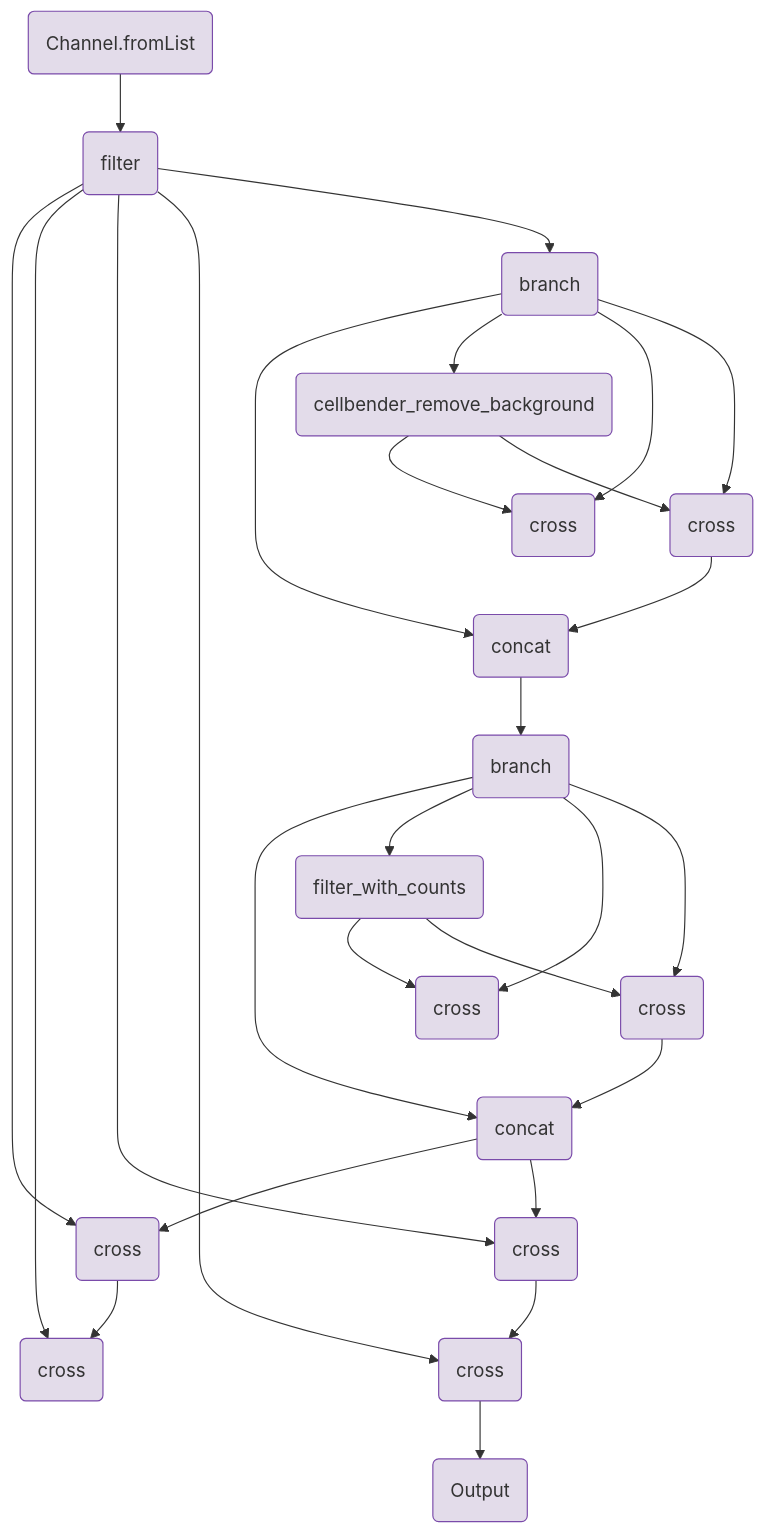
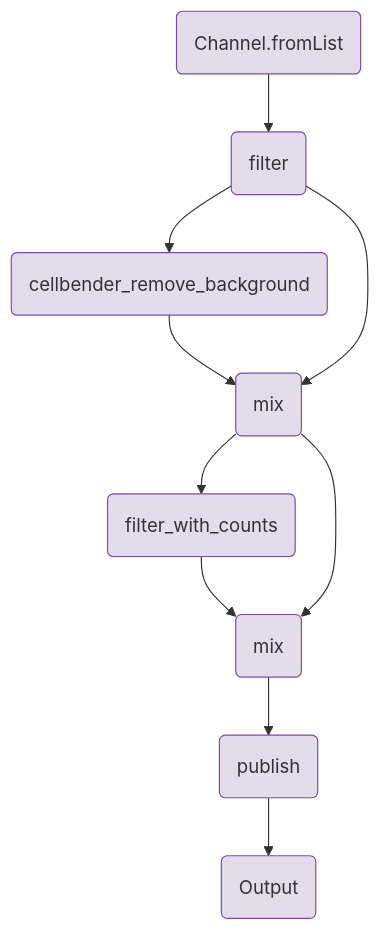
Before and after one commit to openpipelines-bio/website: the diagram in components/workflows/ingestion/cellranger_postprocessing.qmd, drawn with Mermaid. The commit also changed other lines of this file and 144 other files, not shown here.

````diff
--- a/components/workflows/ingestion/cellranger_postprocessing.qmd
+++ b/components/workflows/ingestion/cellranger_postprocessing.qmd
@@ -119,64 +117,29 @@
 ```{mermaid}
 flowchart TB
     v0(Channel.fromList)
     v2(filter)
-    v14(branch)
-    v41(concat)
-    v19(cellbender_remove_background)
-    v26(cross)
-    v36(cross)
-    v45(branch)
-    v72(concat)
-    v50(filter_with_counts)
-    v57(cross)
-    v67(cross)
-    v79(cross)
-    v86(cross)
-    v98(cross)
-    v105(cross)
-    v109(Output)
-    v14-->v41
-    v45-->v72
+    v18(cellbender_remove_background)
+    v31(mix)
+    v41(filter_with_counts)
+    v54(mix)
+    v63(publish)
+    v90(Output)
     v0-->v2
-    v14-->v19
-    v19-->v26
-    v14-->v26
-    v14-->v36
-    v36-->v41
-    v45-->v50
-    v50-->v57
-    v45-->v57
-    v45-->v67
-    v67-->v72
-    v72-->v79
-    v2-->v79
-    v79-->v86
-    v2-->v86
-    v2-->v98
-    v98-->v105
-    v2-->v105
-    v105-->v109
-    v2-->v14
-    v19-->v36
-    v41-->v45
-    v50-->v67
-    v72-->v98
+    v2-->v18
+    v18-->v31
+    v2-->v31
+    v31-->v41
+    v41-->v54
+    v31-->v54
+    v54-->v63
+    v63-->v90
     style v0 fill:#e3dcea,stroke:#7a4baa;
     style v2 fill:#e3dcea,stroke:#7a4baa;
-    style v14 fill:#e3dcea,stroke:#7a4baa;
+    style v18 fill:#e3dcea,stroke:#7a4baa;
+    style v31 fill:#e3dcea,stroke:#7a4baa;
     style v41 fill:#e3dcea,stroke:#7a4baa;
-    style v19 fill:#e3dcea,stroke:#7a4baa;
-    style v26 fill:#e3dcea,stroke:#7a4baa;
-    style v36 fill:#e3dcea,stroke:#7a4baa;
-    style v45 fill:#e3dcea,stroke:#7a4baa;
-    style v72 fill:#e3dcea,stroke:#7a4baa;
-    style v50 fill:#e3dcea,stroke:#7a4baa;
-    style v57 fill:#e3dcea,stroke:#7a4baa;
-    style v67 fill:#e3dcea,stroke:#7a4baa;
-    style v79 fill:#e3dcea,stroke:#7a4baa;
-    style v86 fill:#e3dcea,stroke:#7a4baa;
-    style v98 fill:#e3dcea,stroke:#7a4baa;
-    style v105 fill:#e3dcea,stroke:#7a4baa;
-    style v109 fill:#e3dcea,stroke:#7a4baa;
+    style v54 fill:#e3dcea,stroke:#7a4baa;
+    style v63 fill:#e3dcea,stroke:#7a4baa;
+    style v90 fill:#e3dcea,stroke:#7a4baa;
 
 ```
````
